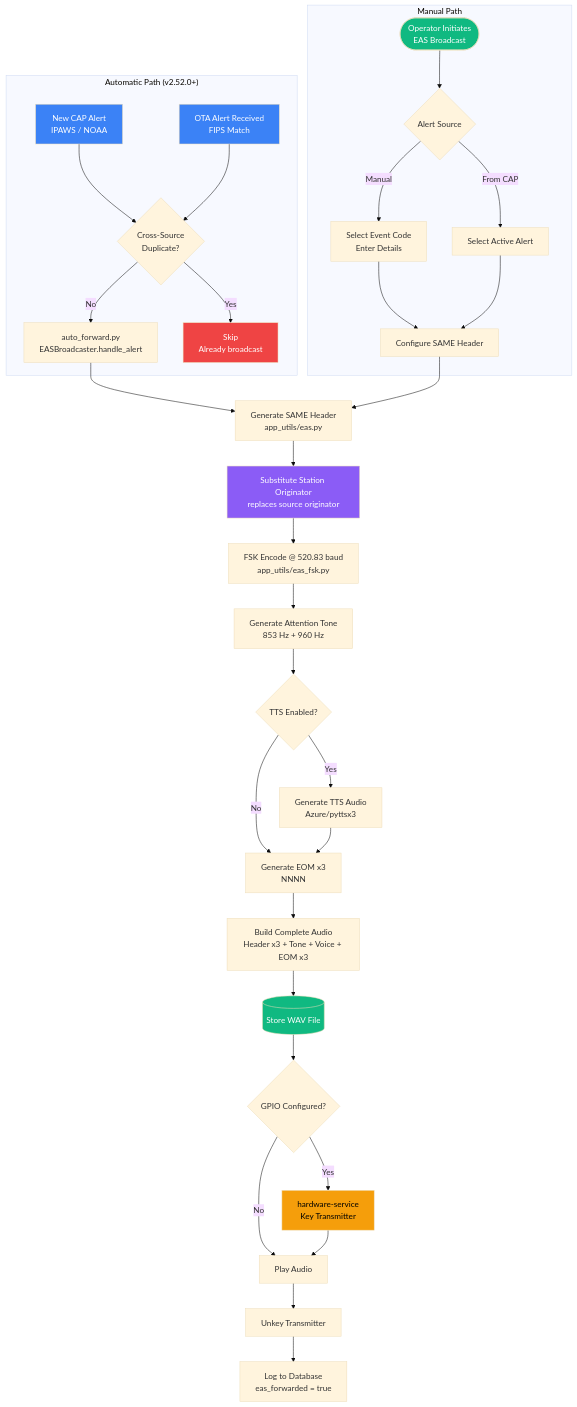
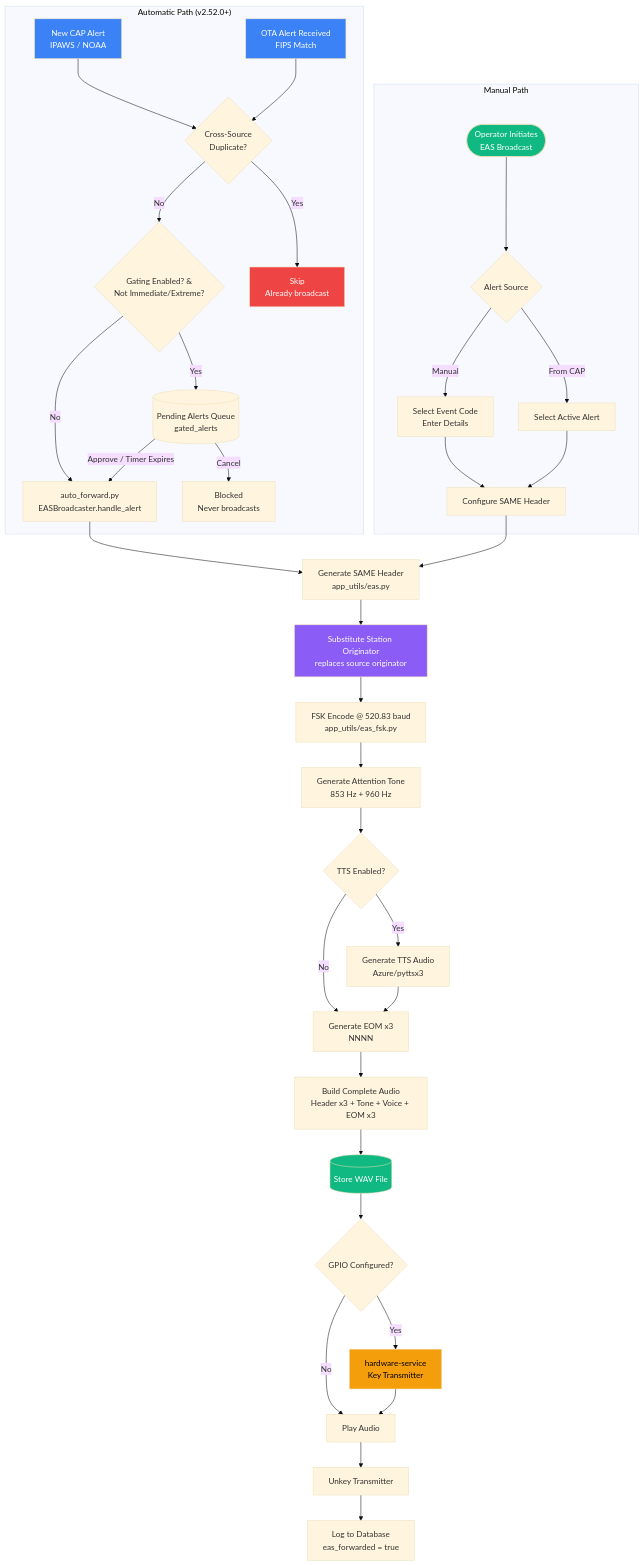
The fifth of 7 diagrams in docs/architecture/THEORY_OF_OPERATION.md (KR8MER/eas-station), drawn with Mermaid (base theme) before and after one commit. The commit also changed other lines of this file and 31 other files, not shown here.

First line of the commit message:
Add gated alerts: hold-off timer with manual operator override

````diff
--- a/docs/architecture/THEORY_OF_OPERATION.md
+++ b/docs/architecture/THEORY_OF_OPERATION.md
@@ -221,47 +221,51 @@
 ```mermaid
 flowchart TD
     subgraph AutoPath["Automatic Path (v2.52.0+)"]
         CAP_IN[New CAP Alert<br/>IPAWS / NOAA] --> DEDUP{Cross-Source<br/>Duplicate?}
         OTA_IN[OTA Alert Received<br/>FIPS Match] --> DEDUP
-        DEDUP -->|No| AUTO_FWD[auto_forward.py<br/>EASBroadcaster.handle_alert]
+        DEDUP -->|No| GATE{Gating Enabled? &<br/>Not Immediate/Extreme?}
         DEDUP -->|Yes| SKIP[Skip<br/>Already broadcast]
+        GATE -->|No| AUTO_FWD[auto_forward.py<br/>EASBroadcaster.handle_alert]
+        GATE -->|Yes| PENDING[(Pending Alerts Queue<br/>gated_alerts)]
+        PENDING -->|Approve / Timer Expires| AUTO_FWD
+        PENDING -->|Cancel| BLOCKED[Blocked<br/>Never broadcasts]
     end
 
     subgraph ManualPath["Manual Path"]
         START([Operator Initiates<br/>EAS Broadcast]) --> SELECT{Alert Source}
         SELECT -->|Manual| MANUAL[Select Event Code<br/>Enter Details]
         SELECT -->|From CAP| CAP[Select Active Alert]
         MANUAL --> CONFIG
         CAP --> CONFIG[Configure SAME Header]
     end
 
     AUTO_FWD --> SAME
     CONFIG --> SAME[Generate SAME Header<br/>app_utils/eas.py]
 
     SAME --> ORIGINATOR[Substitute Station Originator<br/>replaces source originator]
     ORIGINATOR --> FSK[FSK Encode @ 520.83 baud<br/>app_utils/eas_fsk.py]
     FSK --> TONE[Generate Attention Tone<br/>853 Hz + 960 Hz]
 
     TONE --> TTS{TTS Enabled?}
     TTS -->|Yes| NARRATE[Generate TTS Audio<br/>Azure/pyttsx3]
     TTS -->|No| EOM
     NARRATE --> EOM[Generate EOM x3<br/>NNNN]
 
     EOM --> AUDIO[Build Complete Audio<br/>Header x3 + Tone + Voice + EOM x3]
     AUDIO --> STORE[(Store WAV File)]
 
     STORE --> GPIO{GPIO Configured?}
     GPIO -->|Yes| KEY[hardware-service<br/>Key Transmitter]
     GPIO -->|No| PLAY
     KEY --> PLAY[Play Audio]
     PLAY --> UNKEY[Unkey Transmitter]
     UNKEY --> LOG[Log to Database<br/>eas_forwarded = true]
 
     style CAP_IN fill:#3b82f6,color:#fff
     style OTA_IN fill:#3b82f6,color:#fff
     style START fill:#10b981,color:#fff
     style ORIGINATOR fill:#8b5cf6,color:#fff
     style STORE fill:#10b981,color:#fff
     style KEY fill:#f59e0b,color:#000
     style SKIP fill:#ef4444,color:#fff
 ```
````
